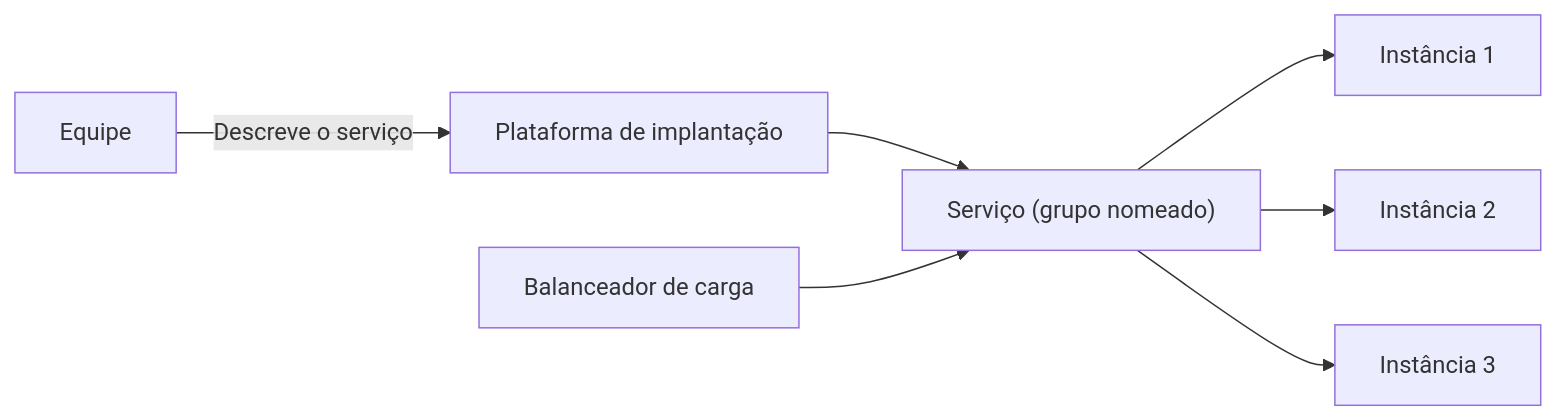
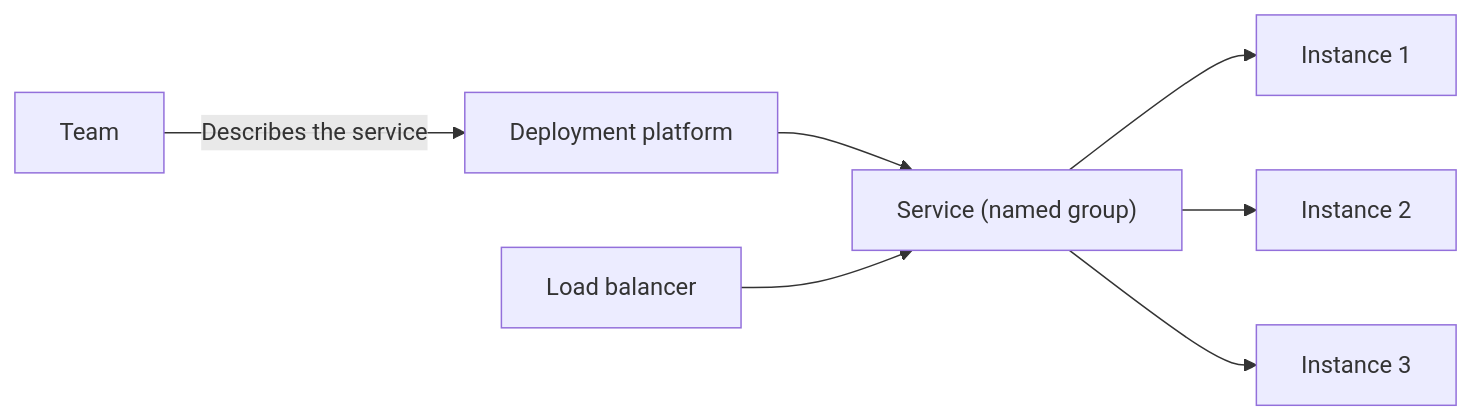
The diagram in docs/architecture/microservices/deployment/service-deployment-platform.md (alancesar/design-patterns), drawn with Mermaid before and after one commit. The commit also changed 258 other files, not shown here.

First line of the commit message:
Translate Mermaid diagrams to English

````diff
--- a/docs/architecture/microservices/deployment/service-deployment-platform.md
+++ b/docs/architecture/microservices/deployment/service-deployment-platform.md
@@ -52,9 +52,9 @@
 ```mermaid
 flowchart LR
-    Dev["Equipe"] -->|"Descreve o serviço"| P["Plataforma de implantação"]
-    P --> S["Serviço (grupo nomeado)"]
-    S --> I1["Instância 1"]
-    S --> I2["Instância 2"]
-    S --> I3["Instância 3"]
-    LB["Balanceador de carga"] --> S
+    Dev["Team"] -->|"Describes the service"| P["Deployment platform"]
+    P --> S["Service (named group)"]
+    S --> I1["Instance 1"]
+    S --> I2["Instance 2"]
+    S --> I3["Instance 3"]
+    LB["Load balancer"] --> S
 ```
````
